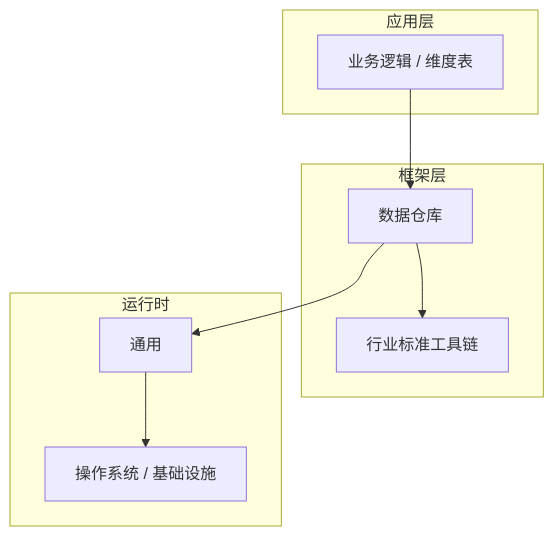
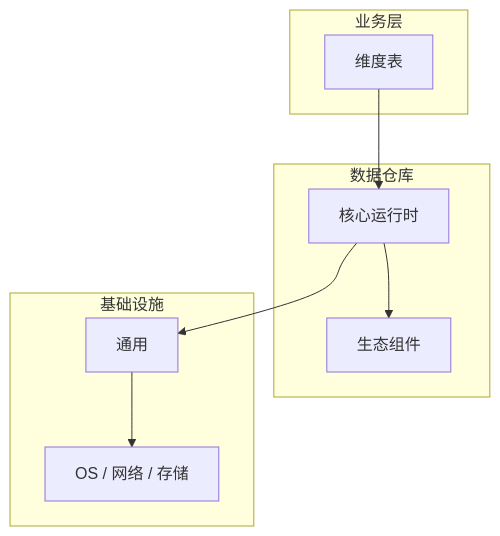
One commit to yanggan2015/knowledge-json-v2 changed the diagram in articles/数据仓库/chapters/025-维度表核心概念与原理.md. Above: the diagram before and after it, drawn with Mermaid. The commit also changed other lines of this file and 10127 other files, not shown here.

````diff
--- a/articles/数据仓库/chapters/025-维度表核心概念与原理.md
+++ b/articles/数据仓库/chapters/025-维度表核心概念与原理.md
@@ -45,18 +34,18 @@
 ```mermaid
 graph TB
-    subgraph 应用层
-        A[业务逻辑 / 维度表]
+    subgraph 业务层
+        A[维度表]
     end
-    subgraph 框架层
-        B[数据仓库]
-        C[行业标准工具链]
+    subgraph 数据仓库
+        B[核心运行时]
+        C[生态组件]
     end
-    subgraph 运行时
+    subgraph 基础设施
         D[通用]
-        E[操作系统 / 基础设施]
+        E[OS / 网络 / 存储]
     end
     A --> B
     B --> C
     B --> D
     D --> E
 ```
````
